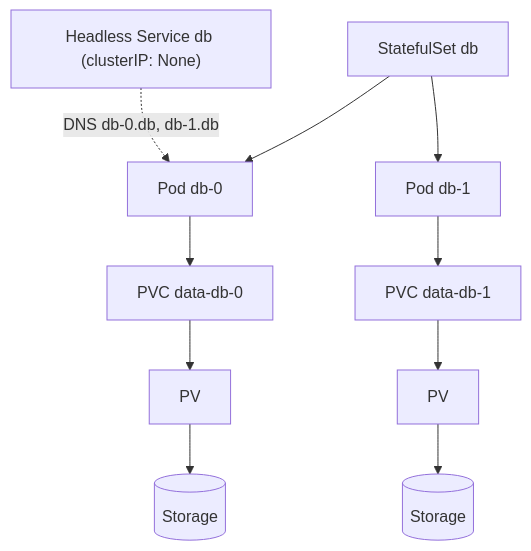
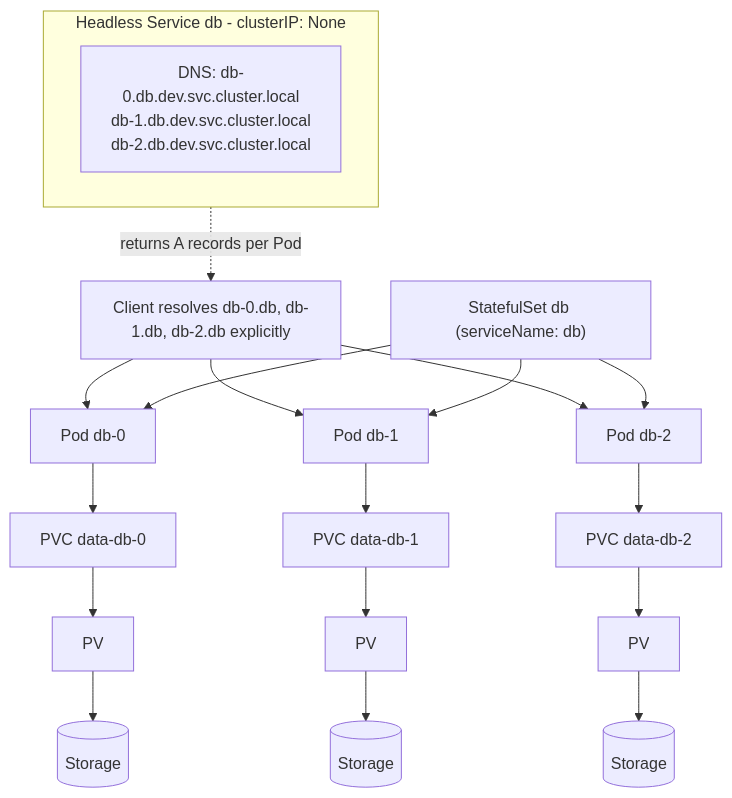
One commit to karthikreddy432/CKAD changed diagram 22 of 33 in CKAD_notes.md. Above: the diagram before and after it, drawn with Mermaid. The commit also changed other lines of this file, not shown here.

````diff
--- a/CKAD_notes.md
+++ b/CKAD_notes.md
@@ -2943,6 +3197,13 @@
 ```mermaid
 flowchart TD
-    HS["Headless Service db (clusterIP: None)"] -.->|"DNS db-0.db, db-1.db"| P0
-    STS[StatefulSet db] --> P0["Pod db-0"] --> PVC0["PVC data-db-0"] --> PV0[PV] --> S0[(Storage)]
-    STS --> P1["Pod db-1"] --> PVC1["PVC data-db-1"] --> PV1[PV] --> S1[(Storage)]
+    subgraph HS["Headless Service db - clusterIP: None"]
+        DNS["DNS: db-0.db.dev.svc.cluster.local<br/>db-1.db.dev.svc.cluster.local<br/>db-2.db.dev.svc.cluster.local"]
+    end
+    HS -.->|"returns A records per Pod"| CLIENT["Client resolves db-0.db, db-1.db, db-2.db explicitly"]
+    CLIENT --> P0["Pod db-0"] --> PVC0["PVC data-db-0"] --> PV0[PV] --> S0[(Storage)]
+    CLIENT --> P1["Pod db-1"] --> PVC1["PVC data-db-1"] --> PV1[PV] --> S1[(Storage)]
+    CLIENT --> P2["Pod db-2"] --> PVC2["PVC data-db-2"] --> PV2[PV] --> S2[(Storage)]
+    STS["StatefulSet db (serviceName: db)"] --> P0
+    STS --> P1
+    STS --> P2
 ```
````
